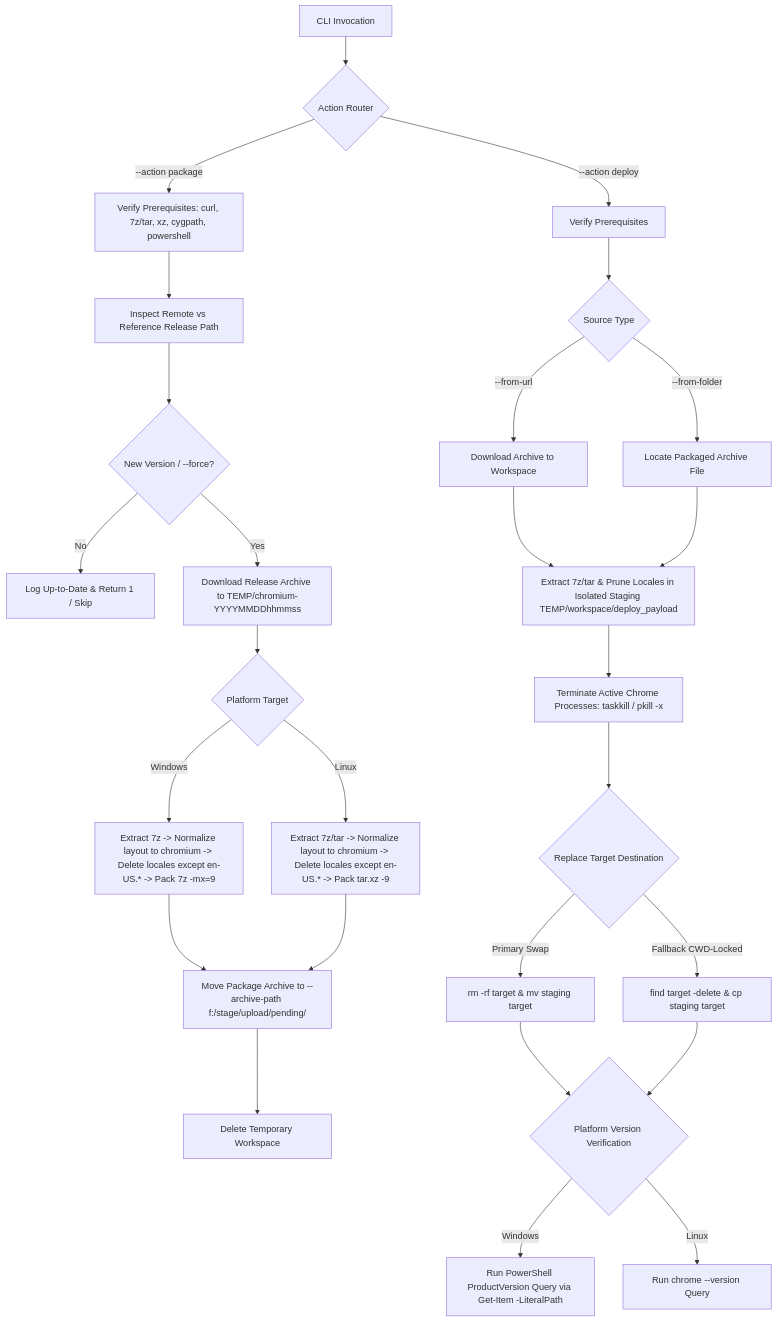
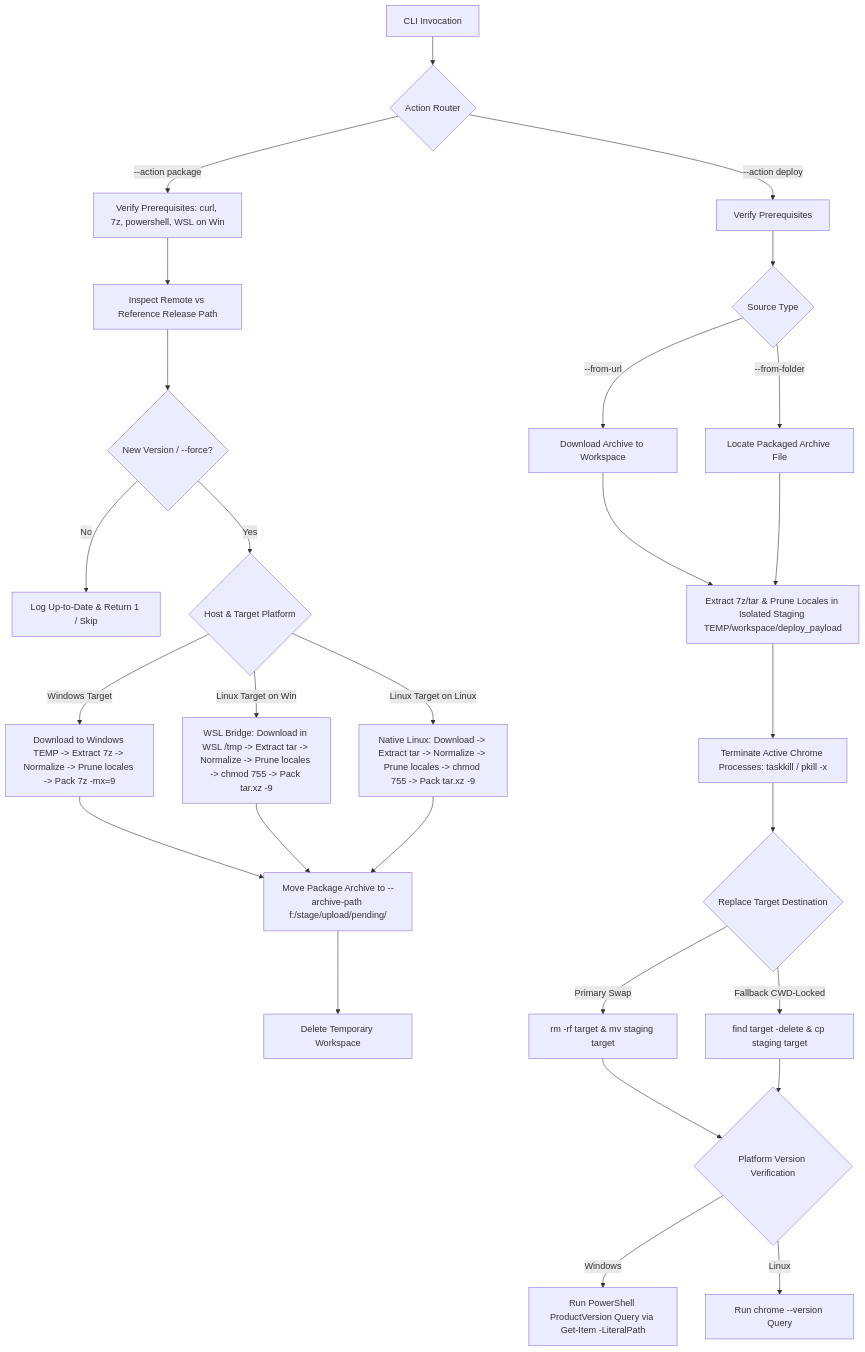
Before and after one commit to edsilegxrepo/devops: the diagram in build_tasks/chromium_upgrade_README.md, drawn with Mermaid. The commit also changed other lines of this file and 1 other file, not shown here.

Commit message:
Add WSL delegation for Linux Chromium packaging and permission preservation

````diff
--- a/build_tasks/chromium_upgrade_README.md
+++ b/build_tasks/chromium_upgrade_README.md
@@ -52,31 +54,34 @@
 ```mermaid
 graph TD
     A[CLI Invocation] --> B{Action Router}
     
-    B -->|--action package| C[Verify Prerequisites: curl, 7z/tar, xz, cygpath, powershell]
+    B -->|--action package| C[Verify Prerequisites: curl, 7z, powershell, WSL on Win]
     C --> D[Inspect Remote vs Reference Release Path]
     D --> E{New Version / --force?}
     E -->|No| F[Log Up-to-Date & Return 1 / Skip]
-    E -->|Yes| G[Download Release Archive to TEMP/chromium-YYYYMMDDhhmmss]
-    G --> H{Platform Target}
-    H -->|Windows| I[Extract 7z -> Normalize layout to chromium -> Delete locales except en-US.* -> Pack 7z -mx=9]
-    H -->|Linux| J[Extract 7z/tar -> Normalize layout to chromium -> Delete locales except en-US.* -> Pack tar.xz -9]
-    I --> K[Move Package Archive to --archive-path f:/stage/upload/pending/]
+    E -->|Yes| G{Host & Target Platform}
+    
+    G -->|Windows Target| H[Download to Windows TEMP -> Extract 7z -> Normalize -> Prune locales -> Pack 7z -mx=9]
+    G -->|Linux Target on Win| I[WSL Bridge: Download in WSL /tmp -> Extract tar -> Normalize -> Prune locales -> chmod 755 -> Pack tar.xz -9]
+    G -->|Linux Target on Linux| J[Native Linux: Download -> Extract tar -> Normalize -> Prune locales -> chmod 755 -> Pack tar.xz -9]
+    
+    H --> K[Move Package Archive to --archive-path f:/stage/upload/pending/]
+    I --> K
     J --> K
     K --> L[Delete Temporary Workspace]
 
     B -->|--action deploy| M[Verify Prerequisites]
     M --> N{Source Type}
     N -->|--from-url| O[Download Archive to Workspace]
     N -->|--from-folder| P[Locate Packaged Archive File]
     O --> Q[Extract 7z/tar & Prune Locales in Isolated Staging TEMP/workspace/deploy_payload]
     P --> Q
     Q --> R[Terminate Active Chrome Processes: taskkill / pkill -x]
     R --> S{Replace Target Destination}
     S -->|Primary Swap| T[rm -rf target & mv staging target]
     S -->|Fallback CWD-Locked| U[find target -delete & cp staging target]
     T --> V{Platform Version Verification}
     U --> V
     V -->|Windows| W[Run PowerShell ProductVersion Query via Get-Item -LiteralPath]
     V -->|Linux| X[Run chrome --version Query]
 ```
````
